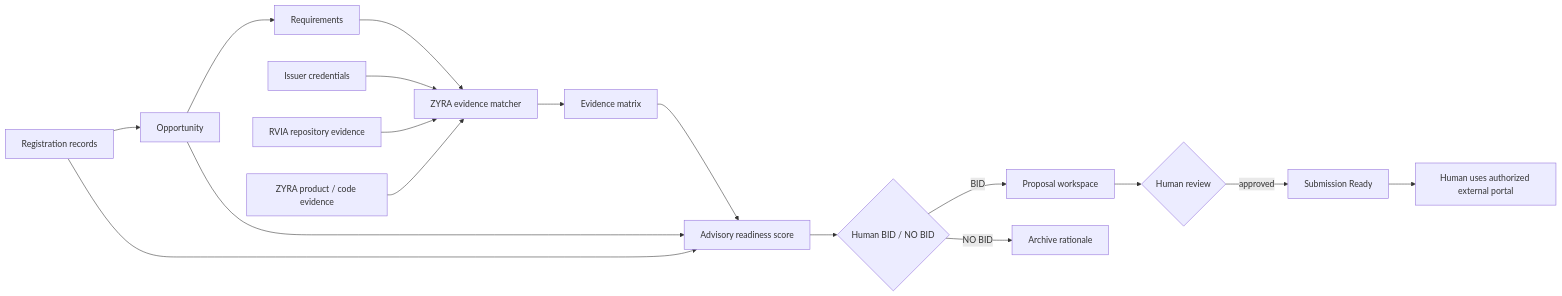
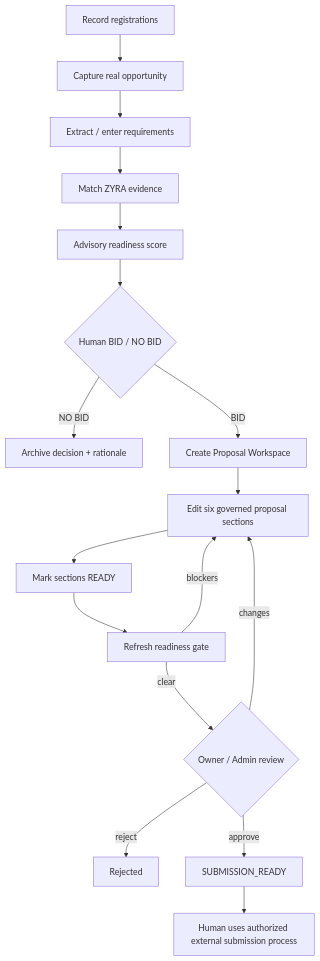
Before and after one commit to sonoxo/zyra: the first of 3 diagrams in products/nxyz-contractops/README.md, drawn with Mermaid. The commit also changed other lines of this file, not shown here.

Commit message:
docs(contractops): ship v0.6 proposal workspace product README

````diff
--- a/products/nxyz-contractops/README.md
+++ b/products/nxyz-contractops/README.md
@@ -58,19 +54,19 @@
 ```mermaid
-flowchart LR
-    A[Registration records] --> B[Opportunity]
-    B --> C[Requirements]
-    C --> D[ZYRA evidence matcher]
-    E[Issuer credentials] --> D
-    F[RVIA repository evidence] --> D
-    G[ZYRA product / code evidence] --> D
-    D --> H[Evidence matrix]
-    H --> I[Advisory readiness score]
-    A --> I
-    B --> I
-    I --> J{Human BID / NO BID}
-    J -->|BID| K[Proposal workspace]
-    J -->|NO BID| L[Archive rationale]
-    K --> M{Human review}
-    M -->|approved| N[Submission Ready]
-    N --> O[Human uses authorized external portal]
+flowchart TD
+    A[Record registrations] --> B[Capture real opportunity]
+    B --> C[Extract / enter requirements]
+    C --> D[Match ZYRA evidence]
+    D --> E[Advisory readiness score]
+    E --> F{Human BID / NO BID}
+    F -->|NO BID| G[Archive decision + rationale]
+    F -->|BID| H[Create Proposal Workspace]
+    H --> I[Edit six governed proposal sections]
+    I --> J[Mark sections READY]
+    J --> K[Refresh readiness gate]
+    K -->|blockers| I
+    K -->|clear| L{Owner / Admin review}
+    L -->|changes| I
+    L -->|reject| M[Rejected]
+    L -->|approve| N[SUBMISSION_READY]
+    N --> O[Human uses authorized external submission process]
 ```
````
